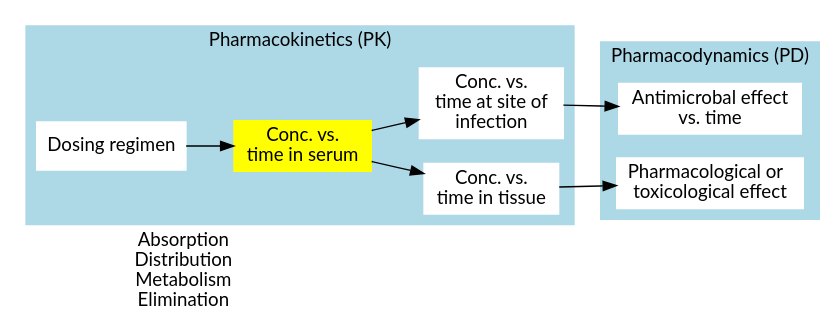
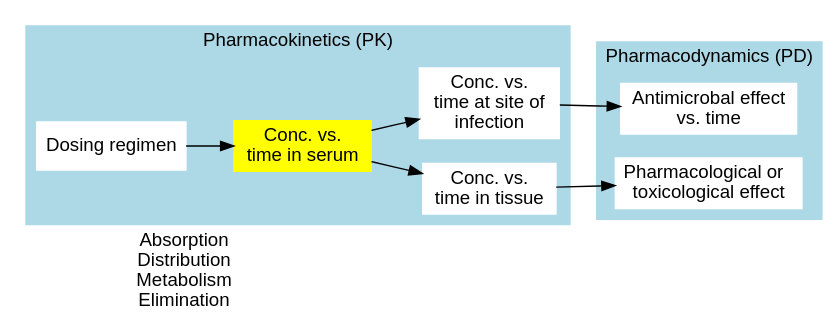
One commit to Russlewisbo/pkpd changed the second of 3 diagrams in chapter-slides.qmd. Above: the diagram before and after it, drawn with Graphviz. The commit also changed other lines of this file and 8 other files, not shown here.

````diff
--- a/chapter-slides.qmd
+++ b/chapter-slides.qmd
@@ -181,42 +181,42 @@
 ```{dot}
 digraph G {
  	rankdir=LR
- 	fontname="Lato,Arial,sans-serif"
-	node [fontname="Lato,Arial,sans-serif"]
-	edge [fontname="Lato,Arial,sans-serif"]
+ 	fontname="Helvetica,Arial,sans-serif"
+	node [fontname="Helvetica,Arial,sans-serif"]
+	edge [fontname="Helvetica,Arial,sans-serif"]
  
   subgraph cluster_0 {
     style=filled;
     color=lightblue;
     node [style=filled,color=white];
     start -> dosing;
     dosing -> tissue;
     dosing -> infection;
     label = "Pharmacokinetics (PK)";
     graph [labelloc=a]
     
     
     
   }
   
     subgraph cluster_1 {
     line=black;
     style=filled;
     color=lightblue;
     node [style=filled,color=white];
   tissue->PD1
     infection-> PD2;
     label = "Pharmacodynamics (PD)";
   }
   
  
   start [shape=Box, label="Dosing regimen"];
   dosing [shape=rectangle, style=filled,color=yellow, label="Conc. vs. \n time in serum", xlabel=" \n    \n  \nAbsorption \nDistribution \nMetabolism \nElimination"];
   tissue [shape=rectangle, style=filled,color=white, label="Conc. vs. \n time in tissue"];
   infection [shape=rectangle, style=filled, color=white, label="Conc. vs. \n time at site of \n infection"];
   PD1 [shape=rectangle, label="Pharmacological or  \n toxicological effect"]; 
   PD2 [shape=rectangle, label="Antimicrobal effect \n vs. time"];
 }
 
 
 ```
````
